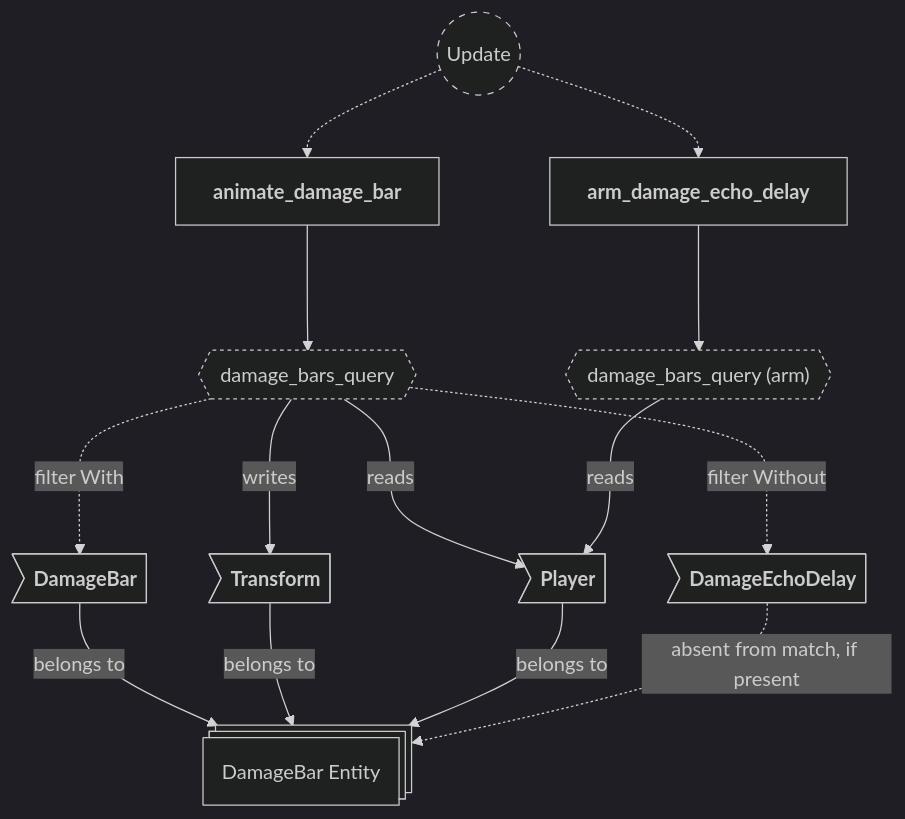
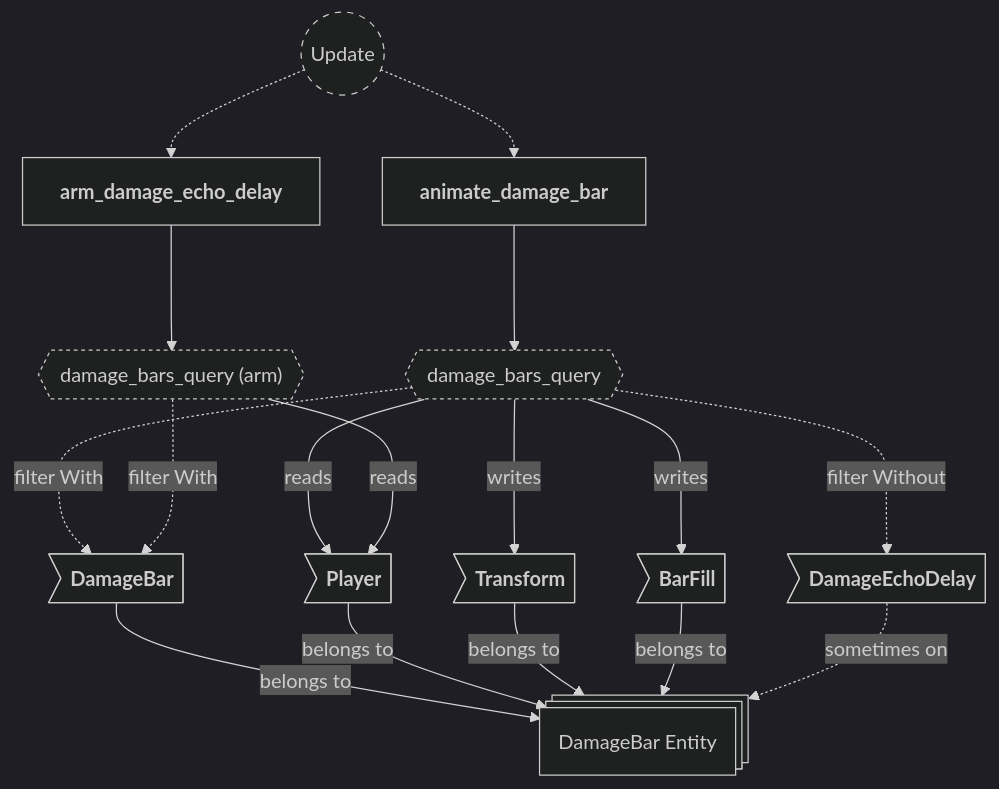
Diagram 18 of 22 in backlog/docs/doc-14 - 012-HUD-plugin.md (neurosoup/tyled), drawn with Mermaid before and after one commit. The commit also changed other lines of this file and 2 other files, not shown here.

````diff
--- a/backlog/docs/doc-14 - 012-HUD-plugin.md
+++ b/backlog/docs/doc-14 - 012-HUD-plugin.md
@@ -641,37 +670,40 @@
 ```mermaid
 ---
 config:
   theme: dark
 ---
 
 flowchart TD
 classDef system-group stroke-dasharray: 5 5
 classDef query stroke-dasharray: 3 3
 
 update(("`Update`")):::system-group
 animate_damage_bar["`**animate_damage_bar**`"]
 arm_damage_echo_delay["`**arm_damage_echo_delay**`"]
 
 update -.-> animate_damage_bar
 update -.-> arm_damage_echo_delay
 
 damage_bars_query{{"`damage_bars_query`"}}:::query
 animate_damage_bar ---> damage_bars_query
 
 damage_bars_query_arm{{"`damage_bars_query (arm)`"}}:::query
 arm_damage_echo_delay ---> damage_bars_query_arm
 
 damage_bar_entity@{ shape: st-rect, label: "DamageBar Entity" }
 
 db_damage_bar>"`**DamageBar**`"] --> |belongs to| damage_bar_entity
+db_player>"`**Player**`"] --> |belongs to| damage_bar_entity
 db_transform>"`**Transform**`"] --> |belongs to| damage_bar_entity
-db_player>"`**Player**`"] --> |belongs to| damage_bar_entity
-db_delay>"`**DamageEchoDelay**`"] -.-> |absent from match, if present| damage_bar_entity
+db_fill>"`**BarFill**`"] --> |belongs to| damage_bar_entity
+db_delay>"`**DamageEchoDelay**`"] -.-> |sometimes on| damage_bar_entity
 
 damage_bars_query ---> |reads| db_player
 damage_bars_query ---> |writes| db_transform
+damage_bars_query ---> |writes| db_fill
 damage_bars_query -..-> |filter With| db_damage_bar
 damage_bars_query -..-> |filter Without| db_delay
 
 damage_bars_query_arm ---> |reads| db_player
+damage_bars_query_arm -..-> |filter With| db_damage_bar
 ```
````
